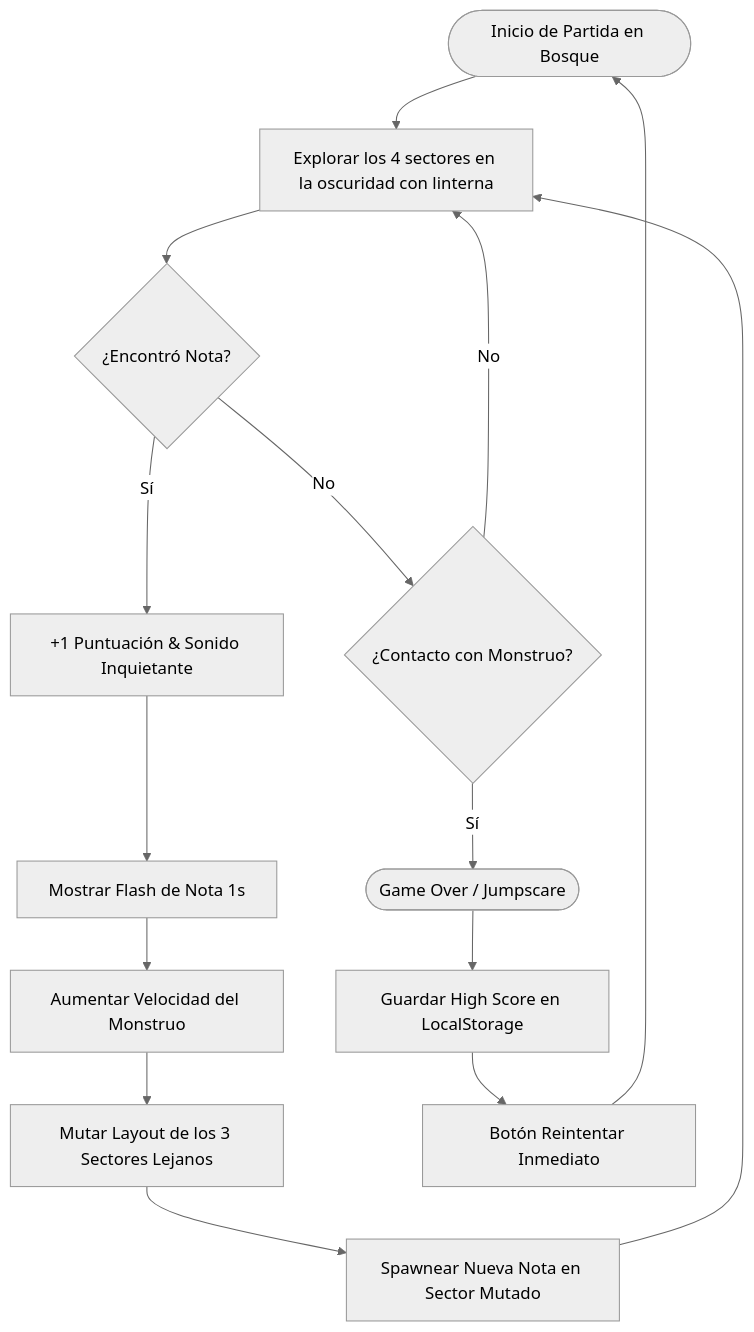
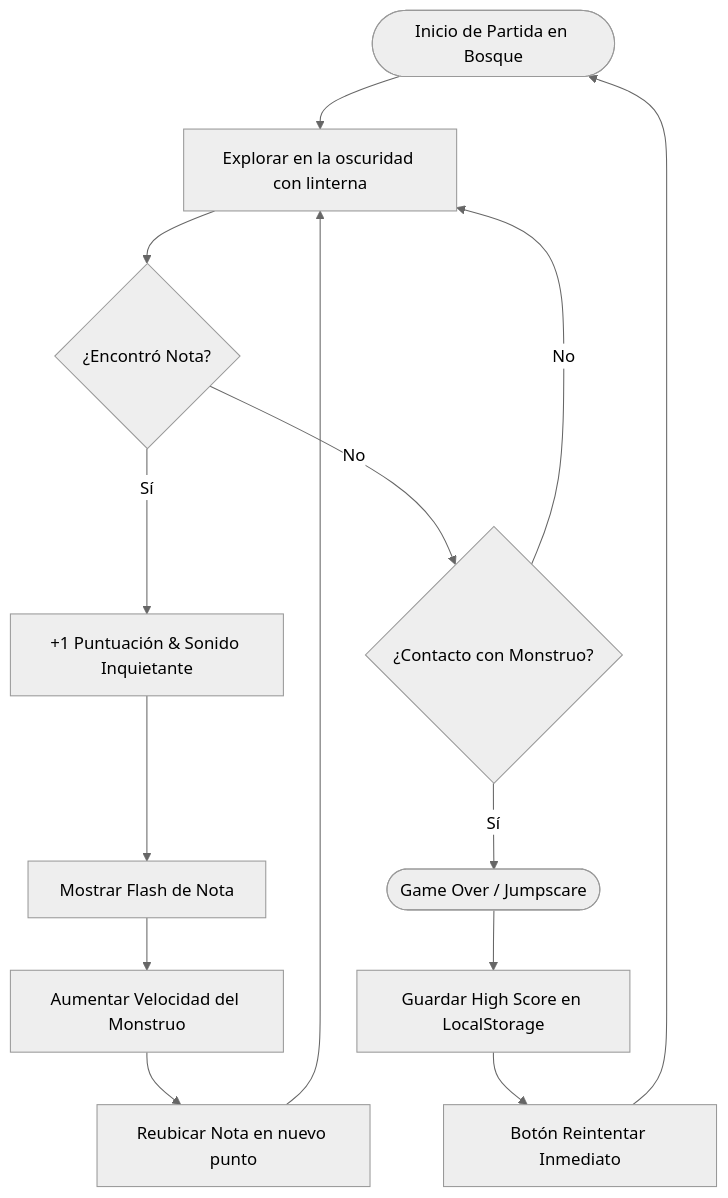
Before and after one commit to EmGamex/vosque: the first of 2 diagrams in docs/gameplay/mecanicas_y_entidades.md, drawn with Mermaid (neutral theme). The commit also changed other lines of this file, not shown here.

````diff
--- a/docs/gameplay/mecanicas_y_entidades.md
+++ b/docs/gameplay/mecanicas_y_entidades.md
@@ -9,17 +9,16 @@
 ```mermaid
 flowchart TD
-    A([Inicio de Partida en Bosque]) --> B[Explorar los 4 sectores en la oscuridad con linterna]
+    A([Inicio de Partida en Bosque]) --> B[Explorar en la oscuridad con linterna]
     B --> C{¿Encontró Nota?}
     C -- Sí --> D[+1 Puntuación & Sonido Inquietante]
-    D --> E[Mostrar Flash de Nota 1s]
+    D --> E[Mostrar Flash de Nota]
     E --> F[Aumentar Velocidad del Monstruo]
-    F --> G[Mutar Layout de los 3 Sectores Lejanos]
-    G --> H[Spawnear Nueva Nota en Sector Mutado]
-    H --> B
-    C -- No --> I{¿Contacto con Monstruo?}
-    I -- No --> B
-    I -- Sí --> J([Game Over / Jumpscare])
-    J --> K[Guardar High Score en LocalStorage]
-    K --> L[Botón Reintentar Inmediato]
-    L --> A
+    F --> G[Reubicar Nota en nuevo punto]
+    G --> B
+    C -- No --> H{¿Contacto con Monstruo?}
+    H -- No --> B
+    H -- Sí --> I([Game Over / Jumpscare])
+    I --> J[Guardar High Score en LocalStorage]
+    J --> K[Botón Reintentar Inmediato]
+    K --> A
 ```
````
